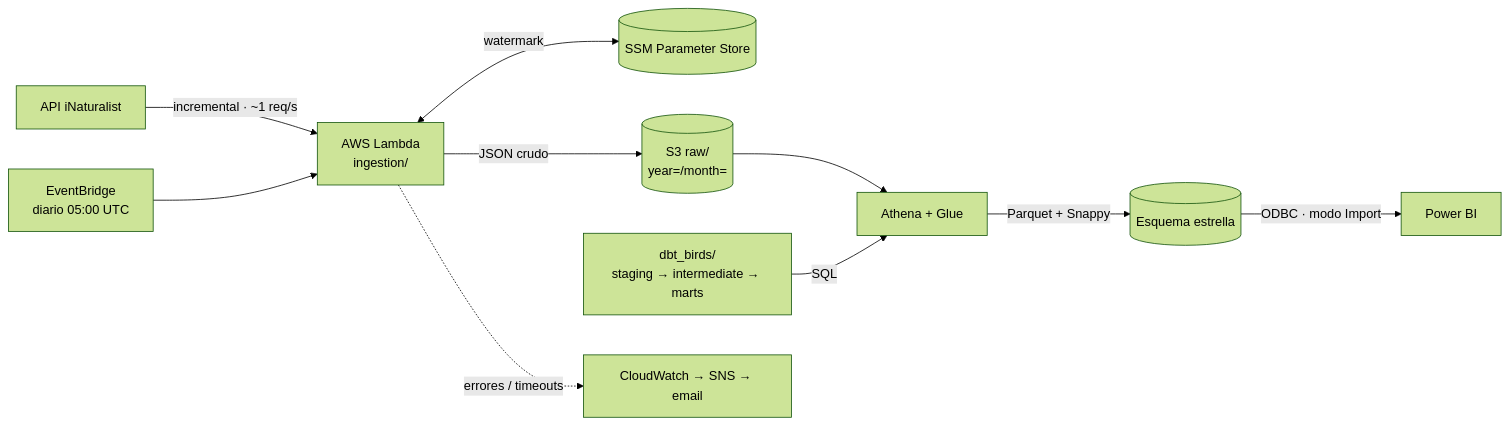
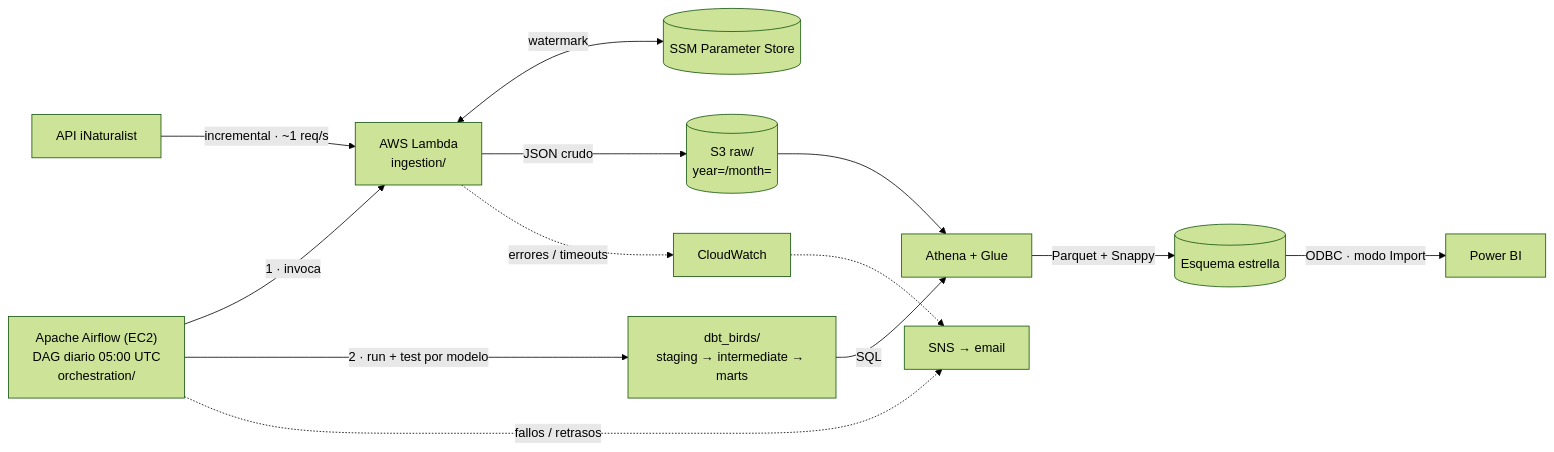
The diagram in README.md (javiladino/oiseaux_nantes), drawn with Mermaid (forest theme) before and after one commit. The commit also changed other lines of this file and 35 other files, not shown here.

First line of the commit message:
Orquestación del pipeline con Apache Airflow (feature 002) (#1)

````diff
--- a/README.md
+++ b/README.md
@@ -21,12 +22,14 @@
 ```mermaid
 flowchart LR
     INAT["API iNaturalist"] -->|"incremental · ~1 req/s"| LAMBDA["AWS Lambda<br/>ingestion/"]
-    EB["EventBridge<br/>diario 05:00 UTC"] --> LAMBDA
+    AF["Apache Airflow (EC2)<br/>DAG diario 05:00 UTC<br/>orchestration/"] -->|"1 · invoca"| LAMBDA
+    AF -->|"2 · run + test por modelo"| DBT
     LAMBDA <-->|"watermark"| SSM[("SSM Parameter Store")]
     LAMBDA -->|"JSON crudo"| RAW[("S3 raw/<br/>year=/month=")]
     RAW --> ATHENA["Athena + Glue"]
     DBT["dbt_birds/<br/>staging → intermediate → marts"] -->|"SQL"| ATHENA
     ATHENA -->|"Parquet + Snappy"| MARTS[("Esquema estrella")]
     MARTS -->|"ODBC · modo Import"| PBI["Power BI"]
-    LAMBDA -.->|"errores / timeouts"| CW["CloudWatch → SNS → email"]
+    AF -.->|"fallos / retrasos"| SNS["SNS → email"]
+    LAMBDA -.->|"errores / timeouts"| CW["CloudWatch"] -.-> SNS
 ```
````
